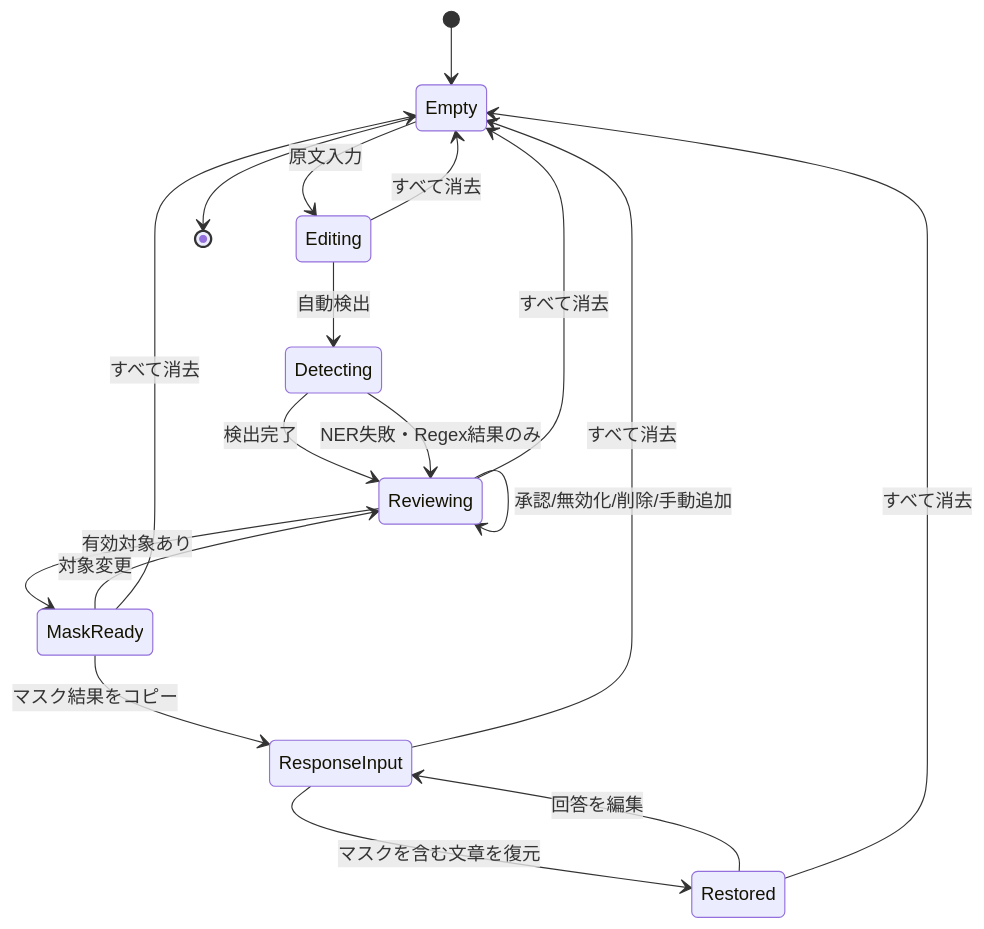
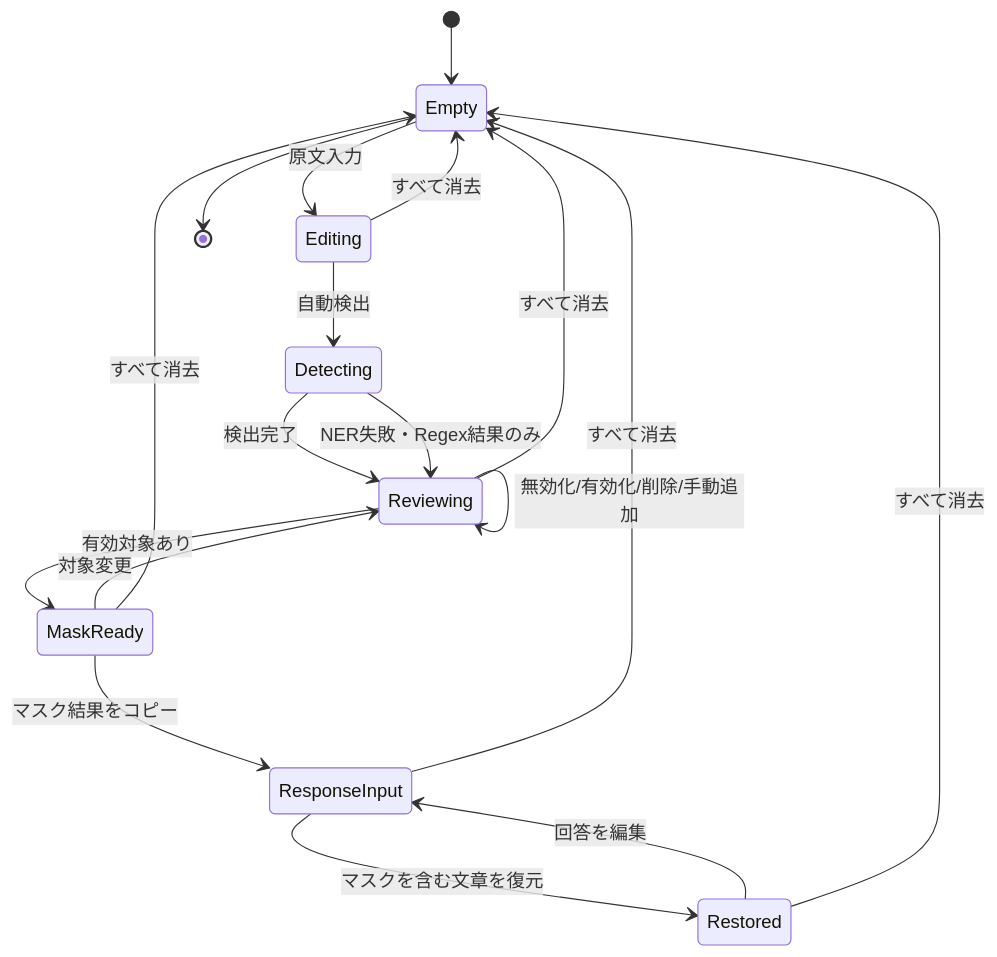
One commit to Bamboosato/local-pii-masker changed the fifth of 5 diagrams in docs/architecture.md. Above: the diagram before and after it, drawn with Mermaid. The commit also changed other lines of this file and 63 other files, not shown here.

````diff
--- a/docs/architecture.md
+++ b/docs/architecture.md
@@ -451,20 +514,20 @@
 ```mermaid
 stateDiagram-v2
     [*] --> Empty
     Empty --> Editing: 原文入力
     Editing --> Detecting: 自動検出
     Detecting --> Reviewing: 検出完了
     Detecting --> Reviewing: NER失敗・Regex結果のみ
-    Reviewing --> Reviewing: 承認/無効化/削除/手動追加
+    Reviewing --> Reviewing: 無効化/有効化/削除/手動追加
     Reviewing --> MaskReady: 有効対象あり
     MaskReady --> Reviewing: 対象変更
     MaskReady --> ResponseInput: マスク結果をコピー
     ResponseInput --> Restored: マスクを含む文章を復元
     Restored --> ResponseInput: 回答を編集
     Empty --> [*]
     Editing --> Empty: すべて消去
     Reviewing --> Empty: すべて消去
     MaskReady --> Empty: すべて消去
     ResponseInput --> Empty: すべて消去
     Restored --> Empty: すべて消去
 ```
````
